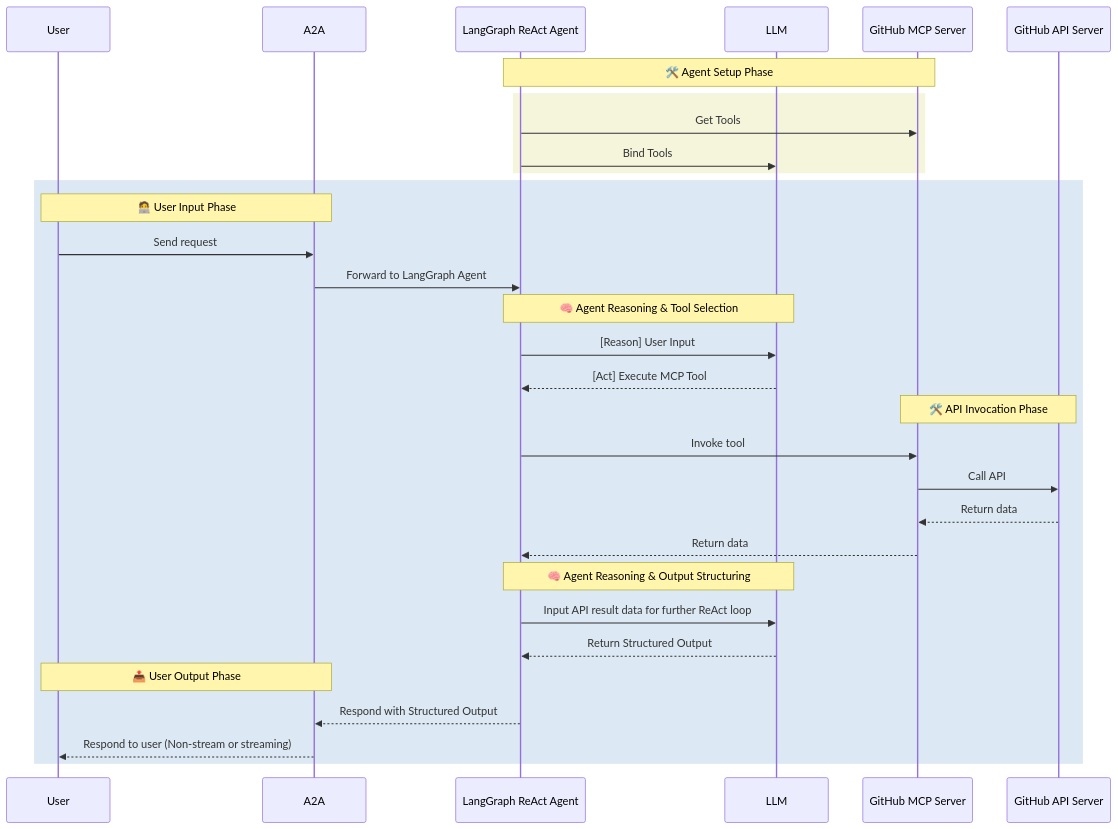
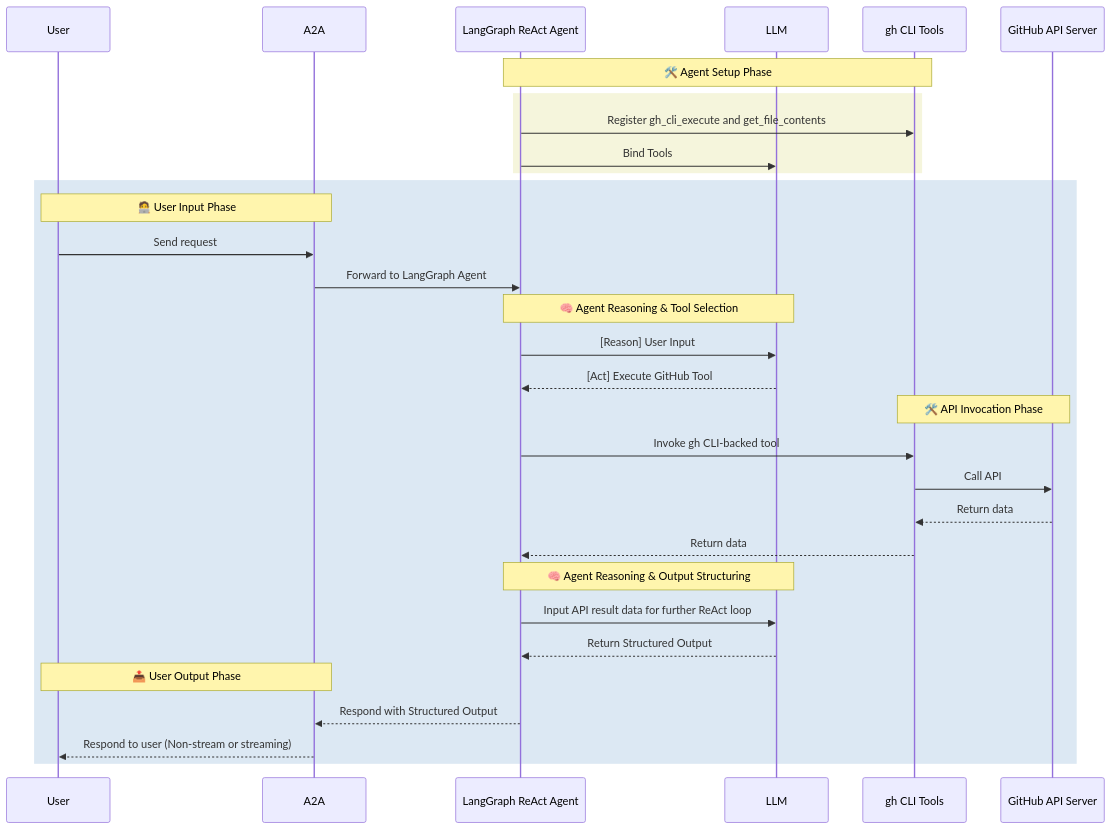
Before and after one commit to cnoe-io/ai-platform-engineering: the second of 2 diagrams in docs/docs/agents/github.md, drawn with Mermaid. The commit also changed other lines of this file and 237 other files, not shown here.

Commit message:
fix(github): remove local mcp server code

````diff
--- a/docs/docs/agents/github.md
+++ b/docs/docs/agents/github.md
@@ -38,39 +38,39 @@
 ```mermaid
 sequenceDiagram
   participant User
   participant A2A
   participant Agent as LangGraph ReAct Agent
   participant LLM
-  participant MCP as GitHub MCP Server
+  participant Tools as gh CLI Tools
   participant APIServer as GitHub API Server
 
-  note over Agent,MCP: 🛠️ Agent Setup Phase
+  note over Agent,Tools: 🛠️ Agent Setup Phase
   rect rgb(245, 245, 220)
-    Agent->>MCP: Get Tools
+    Agent->>Tools: Register gh_cli_execute and get_file_contents
     Agent->>LLM: Bind Tools
   end
 
   rect rgb(220, 232, 243)
     note over User,A2A: 🧑‍💻 User Input Phase
     User->>A2A: Send request
     A2A->>Agent: Forward to LangGraph Agent
 
     note over Agent,LLM: 🧠 Agent Reasoning & Tool Selection
     Agent->>LLM: [Reason] User Input
-    LLM-->>Agent: [Act] Execute MCP Tool
+    LLM-->>Agent: [Act] Execute GitHub Tool
 
-    note over MCP,APIServer: 🛠️ API Invocation Phase
-    Agent->>MCP: Invoke tool
-    MCP->>APIServer: Call API
-    APIServer-->>MCP: Return data
-    MCP-->>Agent: Return data
+    note over Tools,APIServer: 🛠️ API Invocation Phase
+    Agent->>Tools: Invoke gh CLI-backed tool
+    Tools->>APIServer: Call API
+    APIServer-->>Tools: Return data
+    Tools-->>Agent: Return data
 
     note over Agent,LLM: 🧠 Agent Reasoning & Output Structuring
     Agent->>LLM: Input API result data for further ReAct loop
     LLM-->>Agent: Return Structured Output
 
     note over User,A2A: 📤 User Output Phase
     Agent-->>A2A: Respond with Structured Output
     A2A-->>User: Respond to user (Non-stream or streaming)
   end
 ```
````
